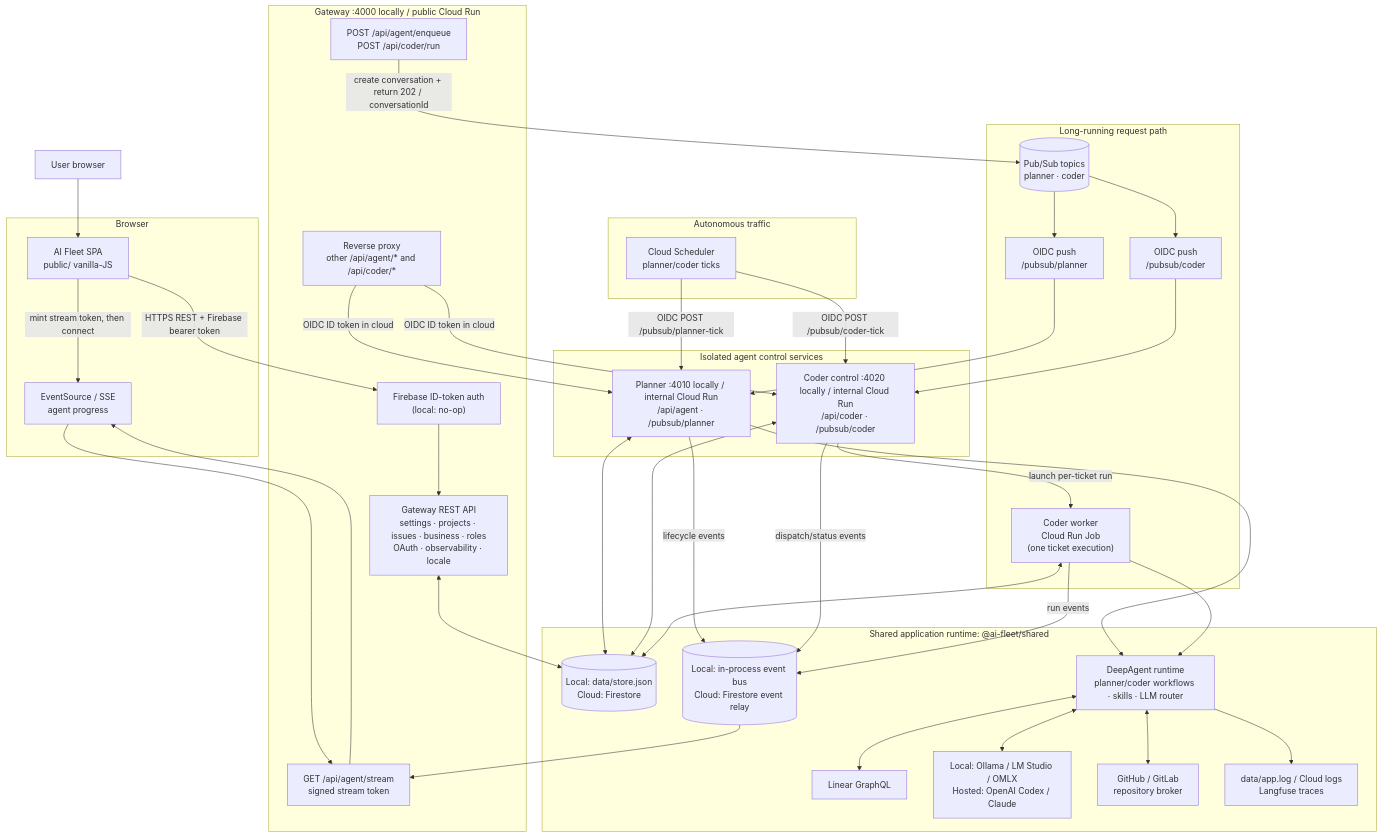
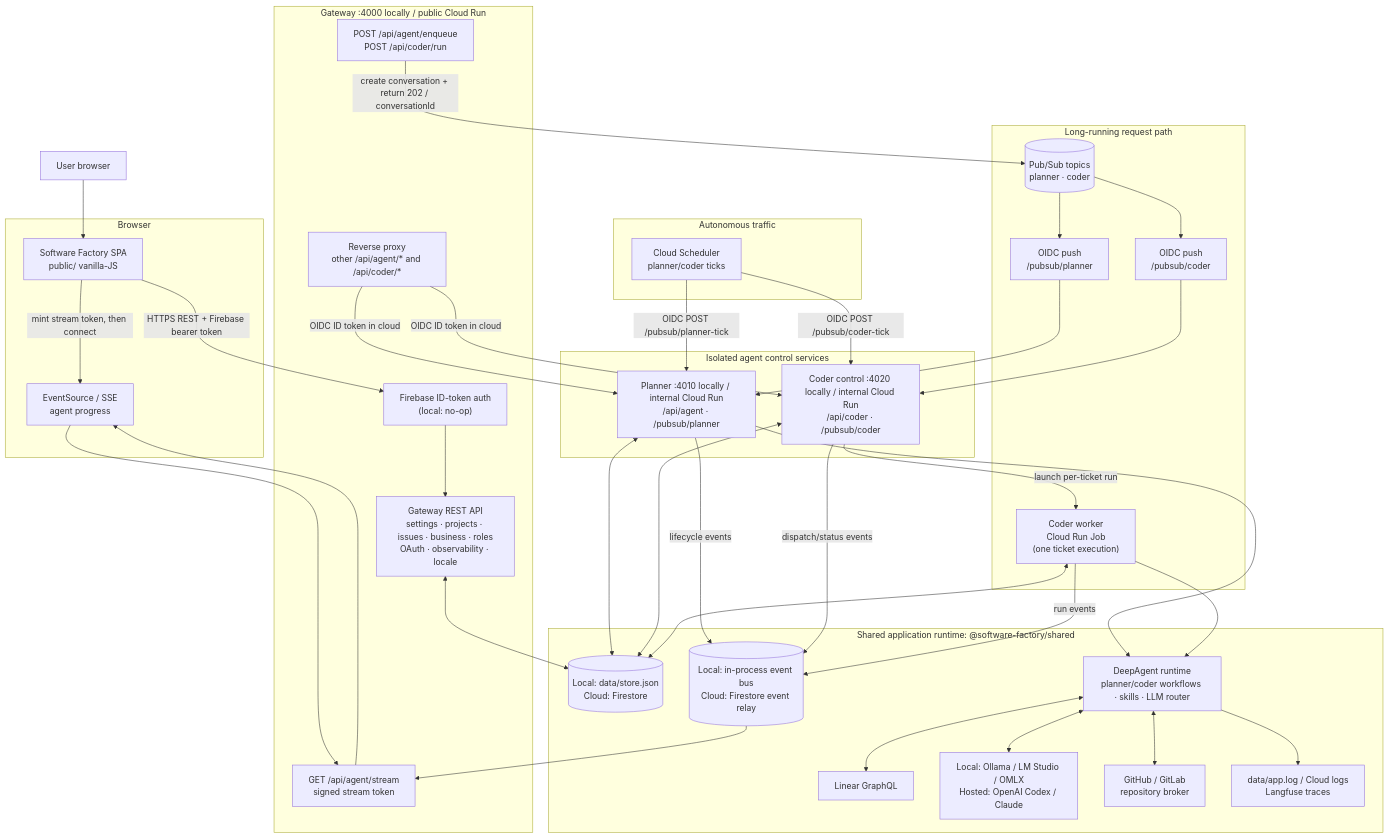
The second of 5 diagrams in docs/REQUEST_FLOW_DIAGRAM.md (niravshah2705/symphony), drawn with Mermaid before and after one commit. The commit also changed 357 other files, not shown here.

````diff
--- a/docs/REQUEST_FLOW_DIAGRAM.md
+++ b/docs/REQUEST_FLOW_DIAGRAM.md
@@ -48,78 +48,78 @@
 ```mermaid
 flowchart TB
   User["User browser"]
 
   subgraph Browser["Browser"]
-    SPA["AI Fleet SPA\npublic/ vanilla-JS"]
+    SPA["Software Factory SPA\npublic/ vanilla-JS"]
     EventSource["EventSource / SSE\nagent progress"]
   end
 
   User --> SPA
 
   subgraph Gateway["Gateway :4000 locally / public Cloud Run"]
     Auth["Firebase ID-token auth\n(local: no-op)"]
     API["Gateway REST API\nsettings · projects · issues · business · roles\nOAuth · observability · locale"]
     SSE["GET /api/agent/stream\nsigned stream token"]
     Publish["POST /api/agent/enqueue\nPOST /api/coder/run"]
     Proxy["Reverse proxy\nother /api/agent/* and /api/coder/*"]
   end
 
   SPA -->|"HTTPS REST + Firebase bearer token"| Auth
   Auth --> API
   SPA -->|"mint stream token, then connect"| EventSource
   EventSource --> SSE
 
   subgraph AgentControl["Isolated agent control services"]
     Planner["Planner :4010 locally / internal Cloud Run\n/api/agent · /pubsub/planner"]
     CoderControl["Coder control :4020 locally / internal Cloud Run\n/api/coder · /pubsub/coder"]
   end
 
   Proxy -->|"OIDC ID token in cloud"| Planner
   Proxy -->|"OIDC ID token in cloud"| CoderControl
 
   subgraph Async["Long-running request path"]
     Topics[("Pub/Sub topics\nplanner · coder")]
     PlannerPush["OIDC push\n/pubsub/planner"]
     CoderPush["OIDC push\n/pubsub/coder"]
     Job["Coder worker\nCloud Run Job\n(one ticket execution)"]
   end
 
   Publish -->|"create conversation + return 202 / conversationId"| Topics
   Topics --> PlannerPush --> Planner
   Topics --> CoderPush --> CoderControl
   CoderControl -->|"launch per-ticket run"| Job
 
   subgraph Cadence["Autonomous traffic"]
     Scheduler["Cloud Scheduler\nplanner/coder ticks"]
   end
   Scheduler -->|"OIDC POST /pubsub/planner-tick"| Planner
   Scheduler -->|"OIDC POST /pubsub/coder-tick"| CoderControl
 
-  subgraph Shared["Shared application runtime: @ai-fleet/shared"]
+  subgraph Shared["Shared application runtime: @software-factory/shared"]
     Store[("Local: data/store.json\nCloud: Firestore")]
     Events[("Local: in-process event bus\nCloud: Firestore event relay")]
     Runtime["DeepAgent runtime\nplanner/coder workflows · skills · LLM router"]
     Linear["Linear GraphQL"]
     LLM["Local: Ollama / LM Studio / OMLX\nHosted: OpenAI Codex / Claude"]
     Repo["GitHub / GitLab\nrepository broker"]
     Logs["data/app.log / Cloud logs\nLangfuse traces"]
   end
 
   API <--> Store
   Planner <--> Store
   CoderControl <--> Store
   Job <--> Store
 
   Planner --> Runtime
   Job --> Runtime
   Runtime <--> Linear
   Runtime <--> LLM
   Runtime <--> Repo
   Runtime --> Logs
 
   Planner -->|"lifecycle events"| Events
   CoderControl -->|"dispatch/status events"| Events
   Job -->|"run events"| Events
   Events --> SSE
   SSE --> EventSource
 ```
````
